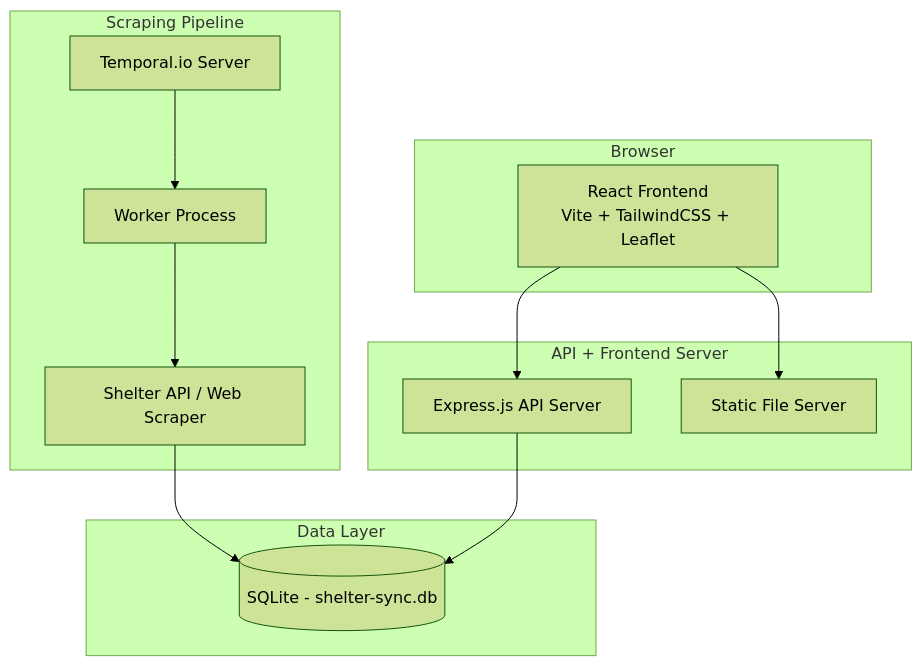
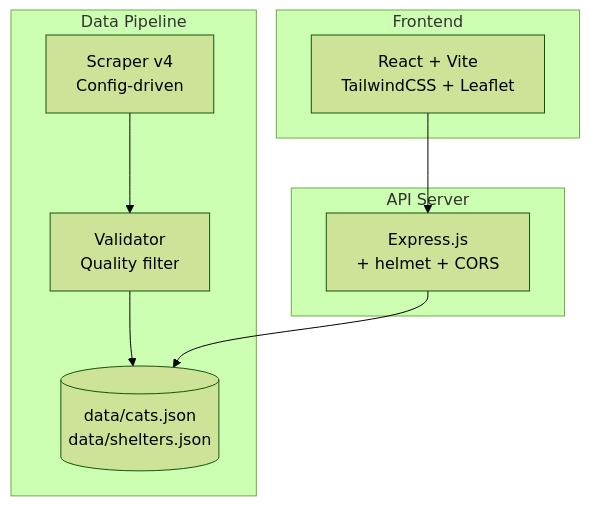
The diagram in README.md (Reiv21/CatHackathon), drawn with Mermaid (forest theme) before and after one commit. The commit also changed other lines of this file and 23 other files, not shown here.

````diff
--- a/README.md
+++ b/README.md
@@ -11,28 +15,20 @@
 ```mermaid
 graph TD
-    subgraph "Scraping Pipeline"
-        T[Temporal.io Server]
-        W[Worker Process]
-        A[Shelter API / Web Scraper]
+    subgraph "Data Pipeline"
+        SC[Scraper v4<br/>Config-driven]
+        VL[Validator<br/>Quality filter]
+        JSON[(data/cats.json<br/>data/shelters.json)]
     end
 
-    subgraph "Data Layer"
-        DB[(SQLite - shelter-sync.db)]
+    subgraph "API Server"
+        EX[Express.js<br/>+ helmet + CORS]
     end
 
-    subgraph "API + Frontend Server"
-        EX[Express.js API Server]
-        S[Static File Server]
+    subgraph "Frontend"
+        FE[React + Vite<br/>TailwindCSS + Leaflet]
     end
 
-    subgraph "Browser"
-        FE[React Frontend<br/>Vite + TailwindCSS + Leaflet]
-    end
-
-    T --> W
-    W --> A
-    A --> DB
-    EX --> DB
+    SC --> VL --> JSON
+    EX --> JSON
     FE --> EX
-    FE --> S
 ```
````
